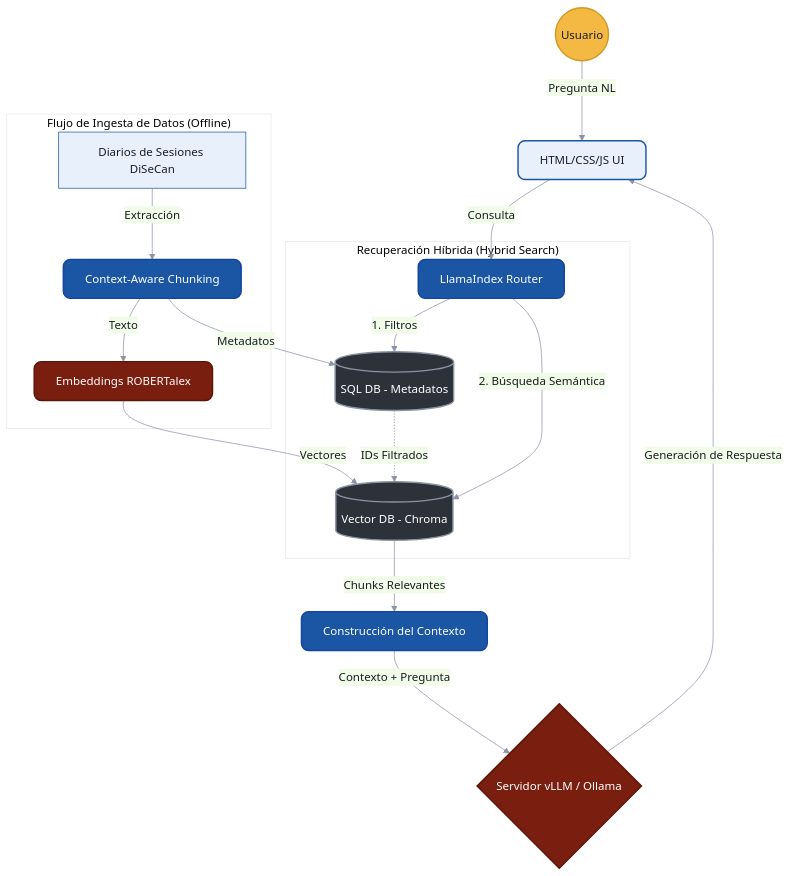
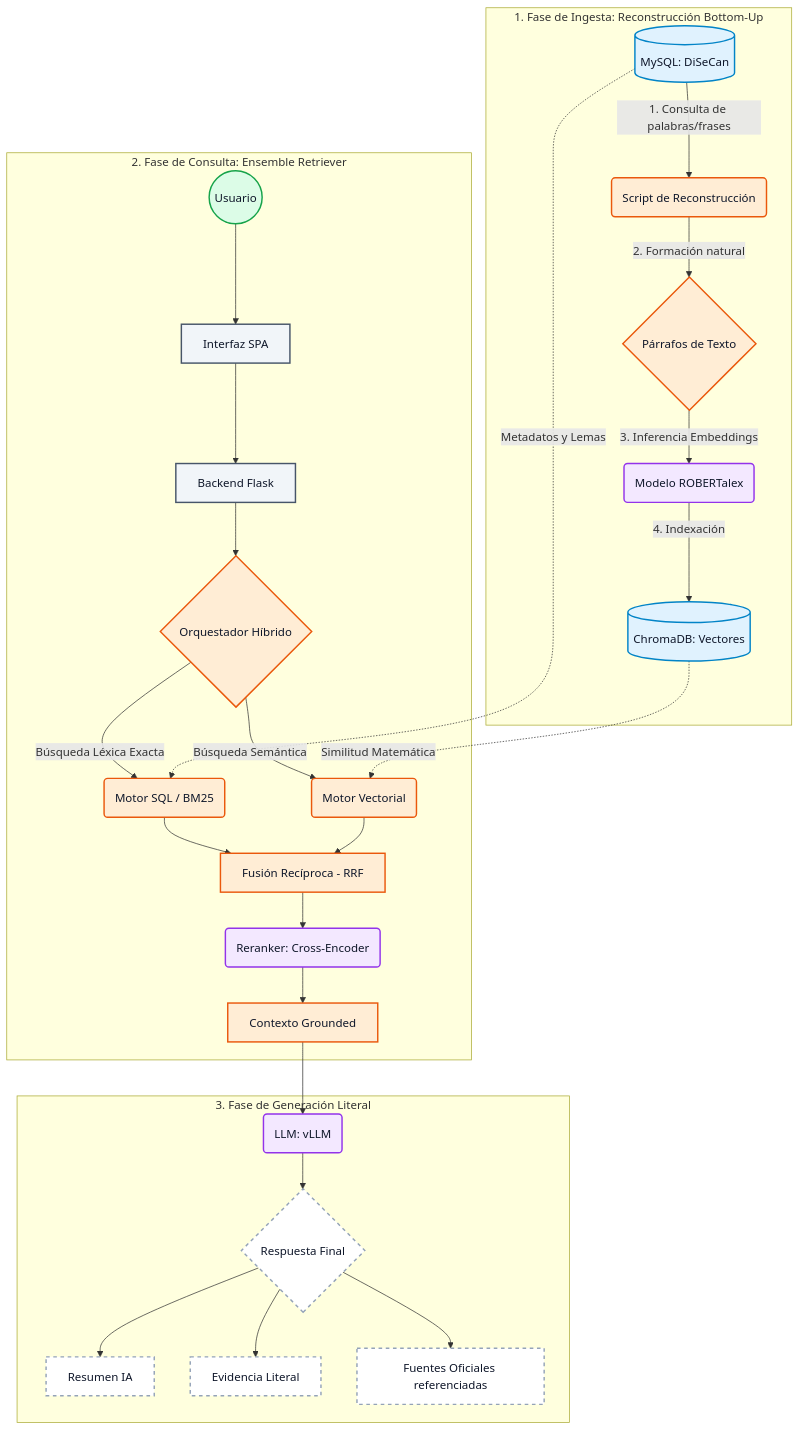
One commit to DavidSMtl/TFT_RAG_DISECAN changed the diagram in docs/design/architecture_diagram.md. Above: the diagram before and after it, drawn with Mermaid. The commit also changed 13 other files, not shown here.

````diff
--- a/docs/design/architecture_diagram.md
+++ b/docs/design/architecture_diagram.md
@@ -1,45 +1,48 @@
 ```mermaid
-%%{
-  init: {
-    'theme': 'base',
-    'themeVariables': {
-      'primaryColor': '#e8f0fb',
-      'primaryTextColor': '#1a1d23',
-      'primaryBorderColor': '#1a56a4',
-      'lineColor': '#8b92a5',
-      'tertiaryColor': '#fff'
-    }
-  }
-}%%
 graph TD
-    classDef usuario fill:#f4b942,stroke:#d49922,stroke-width:2px,color:#1a1d23,rx:50,ry:50;
-    classDef frontend fill:#e8f0fb,stroke:#1a56a4,stroke-width:2px,color:#1a1d23,rx:10,ry:10;
-    classDef orquestador fill:#1a56a4,stroke:#1344a0,stroke-width:2px,color:#fff,rx:10,ry:10;
-    classDef bd fill:#2d3139,stroke:#8b92a5,stroke-width:2px,color:#fff,rx:10,ry:10;
-    classDef llm fill:#7a1f0f,stroke:#5a1505,stroke-width:2px,color:#fff,rx:10,ry:10;
+    %% ----- ESTILOS -----
+    classDef database fill:#e0f2fe,stroke:#0284c7,stroke-width:2px,color:#0f172a;
+    classDef process fill:#ffedd5,stroke:#ea580c,stroke-width:2px,color:#0f172a;
+    classDef ai fill:#f3e8ff,stroke:#9333ea,stroke-width:2px,color:#0f172a;
+    classDef user fill:#dcfce7,stroke:#16a34a,stroke-width:2px,color:#0f172a;
+    classDef interface fill:#f1f5f9,stroke:#475569,stroke-width:2px,color:#0f172a;
+    classDef output fill:#ffffff,stroke:#94a3b8,stroke-width:2px,stroke-dasharray: 5 5,color:#0f172a;
 
-    %% Flujo del Usuario (Online)
-    User((Usuario)):::usuario -->|Pregunta NL| UI[HTML/CSS/JS UI]:::frontend
-    UI -->|Consulta| LlamaIndex[LlamaIndex Router]:::orquestador
-    
-    %% Recuperación Híbrida
-    subgraph Recuperación["Recuperación Híbrida (Hybrid Search)"]
-        LlamaIndex -->|1. Filtros| SQLDB[(SQL DB - Metadatos)]:::bd
-        LlamaIndex -->|2. Búsqueda Semántica| VecDB[(Vector DB - Chroma)]:::bd
-        SQLDB -.->|IDs Filtrados| VecDB
+    %% ----- INGESTA -----
+    subgraph Ingesta [1. Fase de Ingesta: Reconstrucción Bottom-Up]
+        DB_SQL[(MySQL: DiSeCan)]:::database -- "1. Consulta de palabras/frases" --> RECON(Script de Reconstrucción):::process
+        RECON -- "2. Formación natural" --> CHUNKS{Párrafos de Texto}:::process
+        CHUNKS -- "3. Inferencia Embeddings" --> EMB(Modelo ROBERTalex):::ai
+        EMB -- "4. Indexación" --> VDB[(ChromaDB: Vectores)]:::database
     end
 
-    VecDB -->|Chunks Relevantes| Prompt[Construcción del Contexto]:::orquestador
-    
-    %% Generación
-    Prompt -->|Contexto + Pregunta| vLLM{Servidor vLLM / Ollama}:::llm
-    vLLM -->|Generación de Respuesta| UI
-    
-    %% Flujo de Ingesta (Offline)
-    subgraph Ingesta["Flujo de Ingesta de Datos (Offline)"]
-        Actas[Diarios de Sesiones DiSeCan] -->|Extracción| Chunking[Context-Aware Chunking]:::orquestador
-        Chunking -->|Texto| Embeddings[Embeddings ROBERTalex]:::llm
-        Chunking -->|Metadatos| SQLDB
-        Embeddings -->|Vectores| VecDB
+    %% ----- CONSULTA -----
+    subgraph Consulta [2. Fase de Consulta: Ensemble Retriever]
+        USER((Usuario)):::user --> UI[Interfaz SPA]:::interface
+        UI --> API[Backend Flask]:::interface
+        API --> ORQ{Orquestador Híbrido}:::process
+
+        %% Ramas paralelas
+        ORQ -- "Búsqueda Léxica Exacta" --> BUS_LEX(Motor SQL / BM25):::process
+        ORQ -- "Búsqueda Semántica" --> BUS_SEM(Motor Vectorial):::process
+
+        BUS_LEX --> JOIN[Fusión Recíproca - RRF]:::process
+        BUS_SEM --> JOIN
+
+        JOIN --> RANK(Reranker: Cross-Encoder):::ai
+        RANK --> CTX[Contexto Grounded]:::process
     end
+
+    %% ----- GENERACIÓN -----
+    subgraph Generacion [3. Fase de Generación Literal]
+        CTX --> LLM(LLM: vLLM):::ai
+        LLM --> RESP{Respuesta Final}:::output
+        RESP --> RES_IA[Resumen IA]:::output
+        RESP --> RES_LIT[Evidencia Literal]:::output
+        RESP --> RES_REF[Fuentes Oficiales referenciadas]:::output
+    end
+
+    %% ----- ENLACES ENTRE FLUJOS -----
+    DB_SQL -.-> |"Metadatos y Lemas"| BUS_LEX
+    VDB -.-> |"Similitud Matemática"| BUS_SEM
 ```
````
